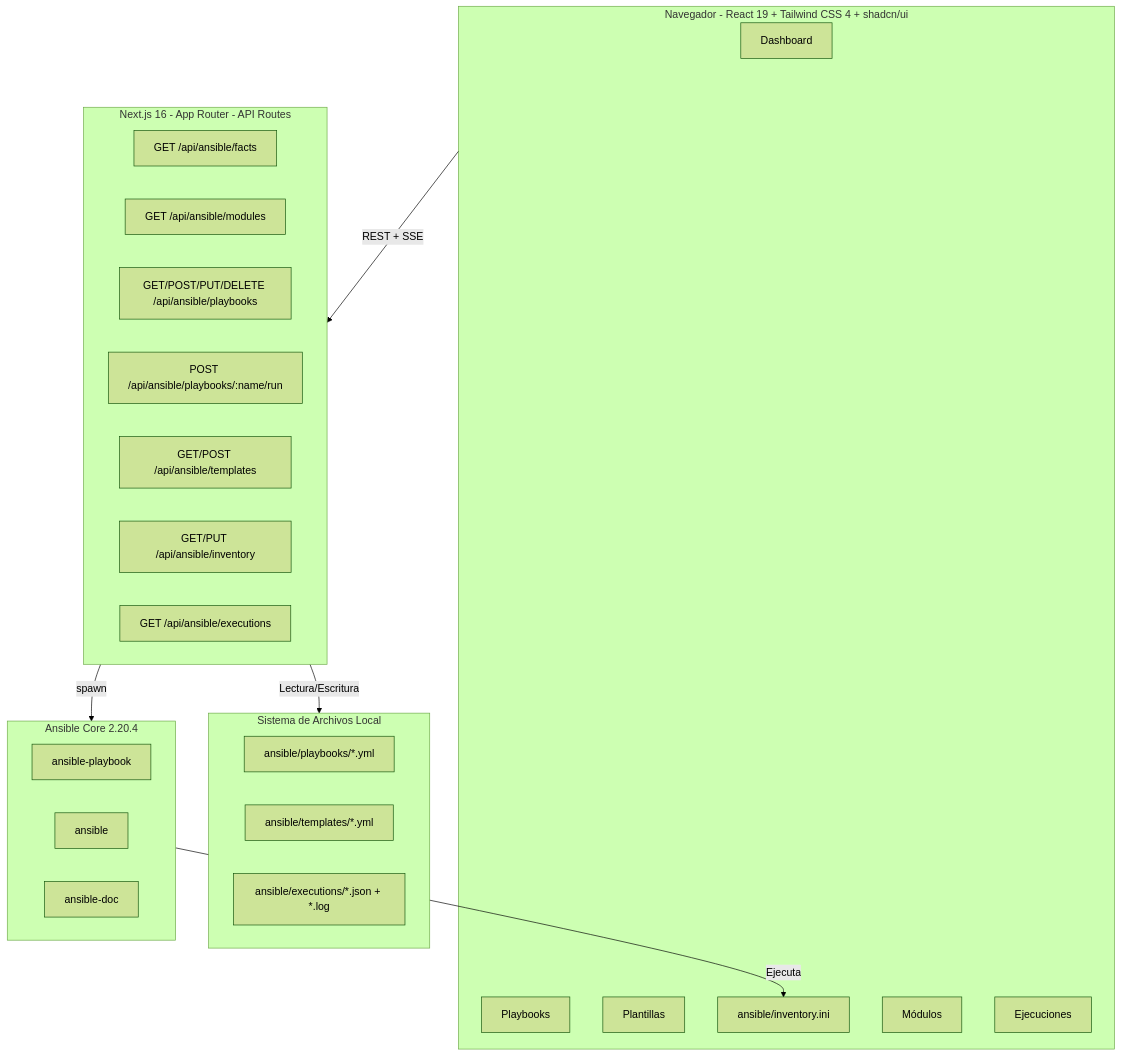
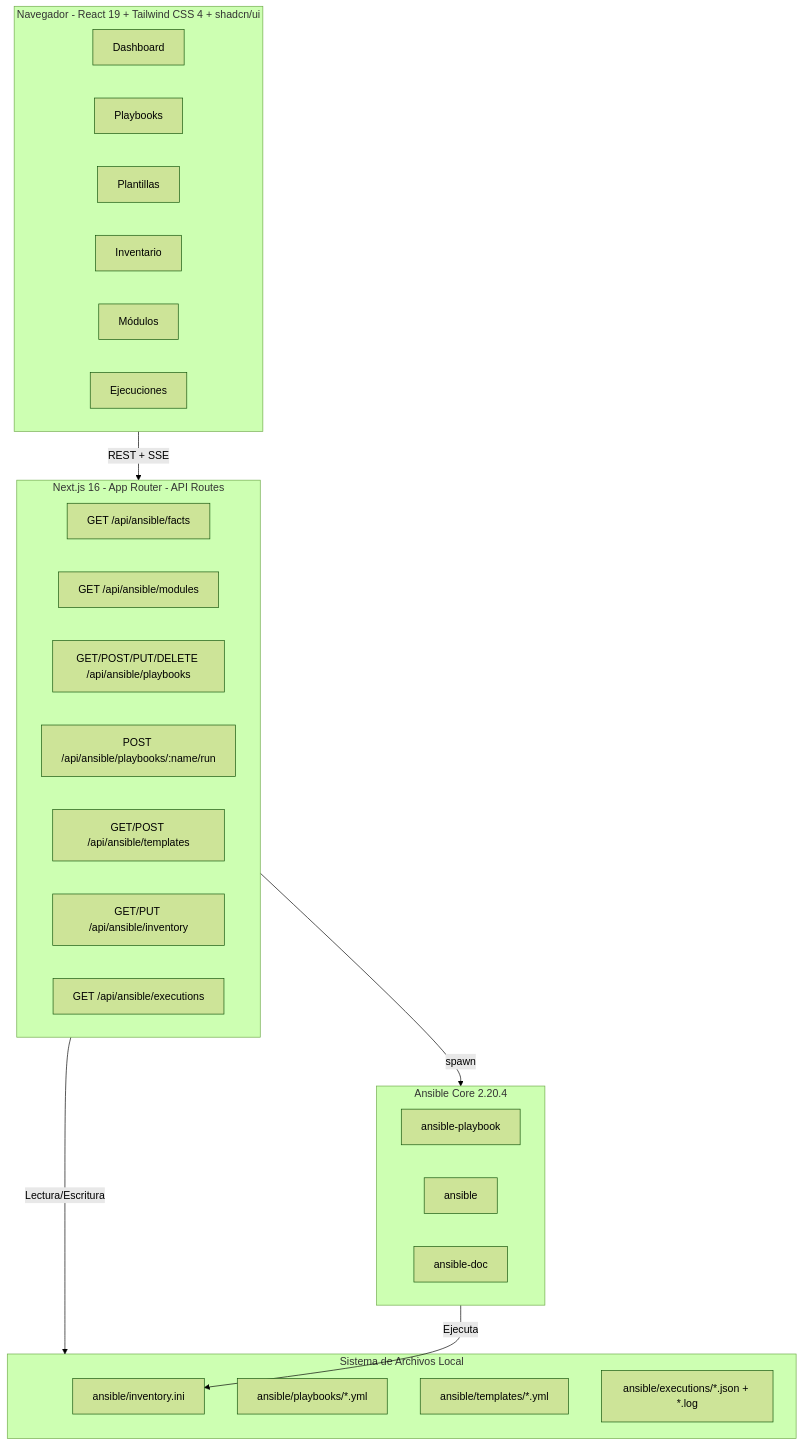
The first of 3 diagrams in README.md (ExecOps/ExecOps), drawn with Mermaid (forest theme) before and after one commit. The commit also changed other lines of this file and 2 other files, not shown here.

````diff
--- a/README.md
+++ b/README.md
@@ -81,39 +135,39 @@
 ```mermaid
 flowchart TB
     subgraph Browser["Navegador - React 19 + Tailwind CSS 4 + shadcn/ui"]
         Dashboard["Dashboard"]
         Playbooks["Playbooks"]
         Templates["Plantillas"]
         Inventory["Inventario"]
         Modules["Módulos"]
         Executions["Ejecuciones"]
     end
 
     subgraph API["Next.js 16 - App Router - API Routes"]
         Facts["GET /api/ansible/facts"]
         ModulesAPI["GET /api/ansible/modules"]
         PlaybooksAPI["GET/POST/PUT/DELETE /api/ansible/playbooks"]
         RunAPI["POST /api/ansible/playbooks/:name/run"]
         TemplatesAPI["GET/POST /api/ansible/templates"]
         InventoryAPI["GET/PUT /api/ansible/inventory"]
         ExecAPI["GET /api/ansible/executions"]
     end
 
     subgraph FS["Sistema de Archivos Local"]
-        Inventory["ansible/inventory.ini"]
+        InvFile["ansible/inventory.ini"]
         PB["ansible/playbooks/*.yml"]
         TPL["ansible/templates/*.yml"]
         LOG["ansible/executions/*.json + *.log"]
     end
 
     subgraph Ansible["Ansible Core 2.20.4"]
         AP["ansible-playbook"]
         A["ansible"]
         AD["ansible-doc"]
     end
 
     Browser -->|REST + SSE| API
     API -->|Lectura/Escritura| FS
     API -->|spawn| Ansible
-    Ansible -->|Ejecuta| Inventory
+    Ansible -->|Ejecuta| InvFile
 ```
````
